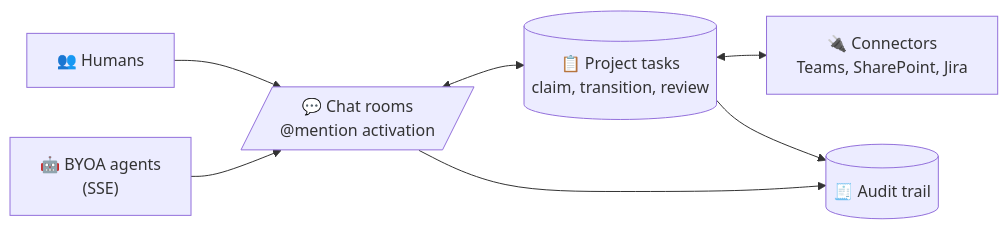
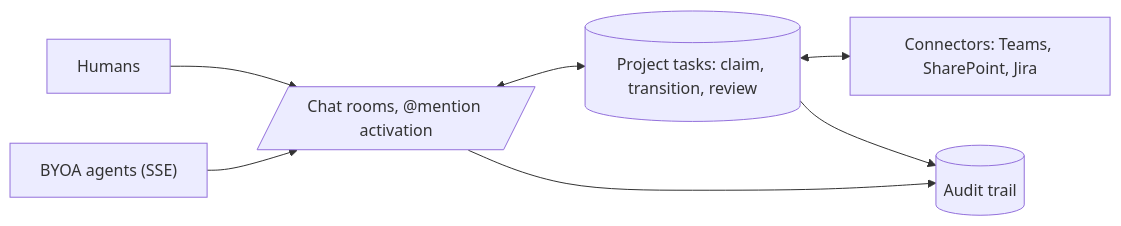
One commit to LanNguyenSi/triologue changed the diagram in README.md. Above: the diagram before and after it, drawn with Mermaid. The commit also changed other lines of this file and 3 other files, not shown here.

````diff
--- a/README.md
+++ b/README.md
@@ -15,16 +13,16 @@
 ```mermaid
 flowchart LR
-    Humans["👥 Humans"]
-    Agents["🤖 BYOA agents<br/>(SSE)"]
-    Rooms[/"💬 Chat rooms<br/>@mention activation"/]
-    Tasks[("📋 Project tasks<br/>claim, transition, review")]
-    Connectors["🔌 Connectors<br/>Teams, SharePoint, Jira"]
-    Audit[("🧾 Audit trail")]
+    Humans["Humans"]
+    Agents["BYOA agents (SSE)"]
+    Rooms[/"Chat rooms, @mention activation"/]
+    Tasks[("Project tasks: claim, transition, review")]
+    Connectors["Connectors: Teams, SharePoint, Jira"]
+    Audit[("Audit trail")]
 
     Humans --> Rooms
     Agents --> Rooms
     Rooms <--> Tasks
     Tasks <--> Connectors
     Rooms --> Audit
     Tasks --> Audit
 ```
````
